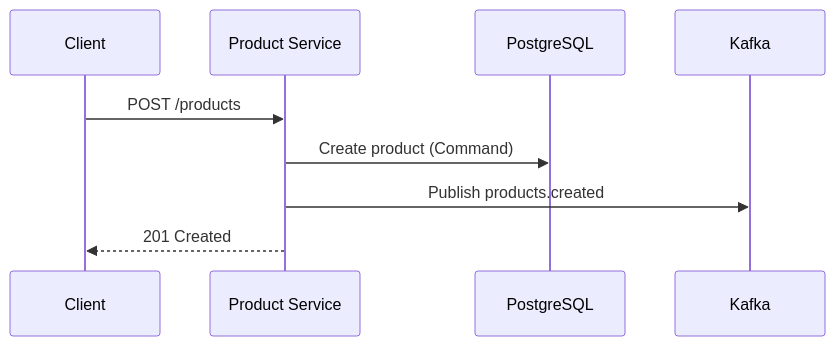
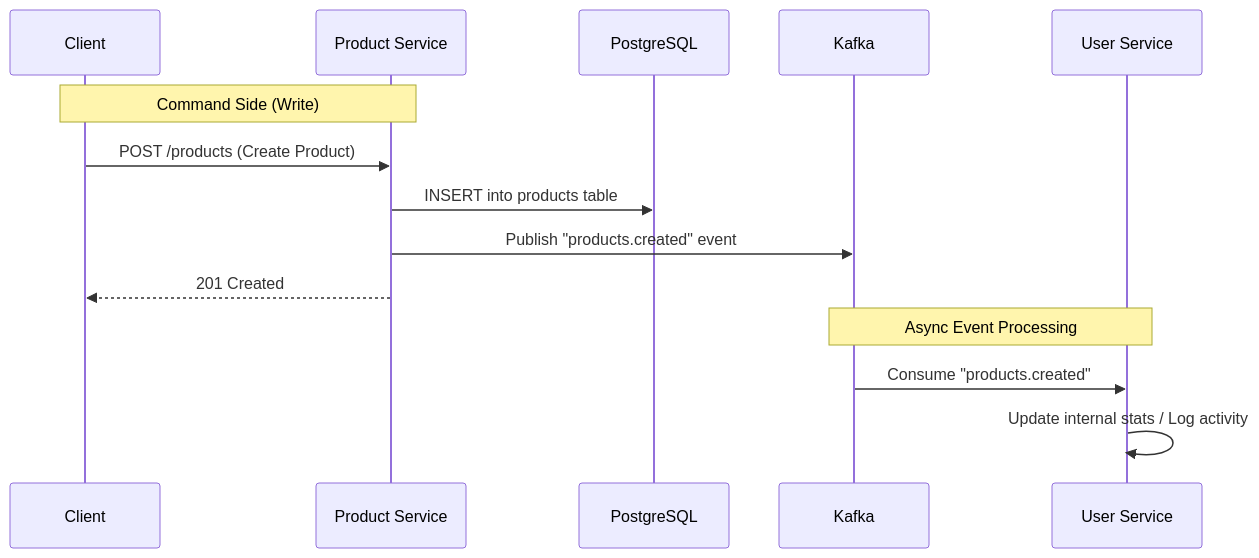
The second of 2 diagrams in README.md (aldoignatachandra/Bun-Hono-Redis-Boilerplate), drawn with Mermaid before and after one commit. The commit also changed other lines of this file, not shown here.

````diff
--- a/README.md
+++ b/README.md
@@ -66,12 +87,18 @@
 ```mermaid
 sequenceDiagram
-  participant Client
-  participant API as Product Service
-  participant DB as PostgreSQL
-  participant Kafka
+  participant C as Client
+  participant P as Product Service
+  participant D as PostgreSQL
+  participant K as Kafka
+  participant U as User Service
 
-  Client->>API: POST /products
-  API->>DB: Create product (Command)
-  API->>Kafka: Publish products.created
-  API-->>Client: 201 Created
+  Note over C,P: Command Side (Write)
+  C->>P: POST /products (Create Product)
+  P->>D: INSERT into products table
+  P->>K: Publish "products.created" event
+  P-->>C: 201 Created
+
+  Note over K,U: Async Event Processing
+  K->>U: Consume "products.created"
+  U->>U: Update internal stats / Log activity
 ```
````
